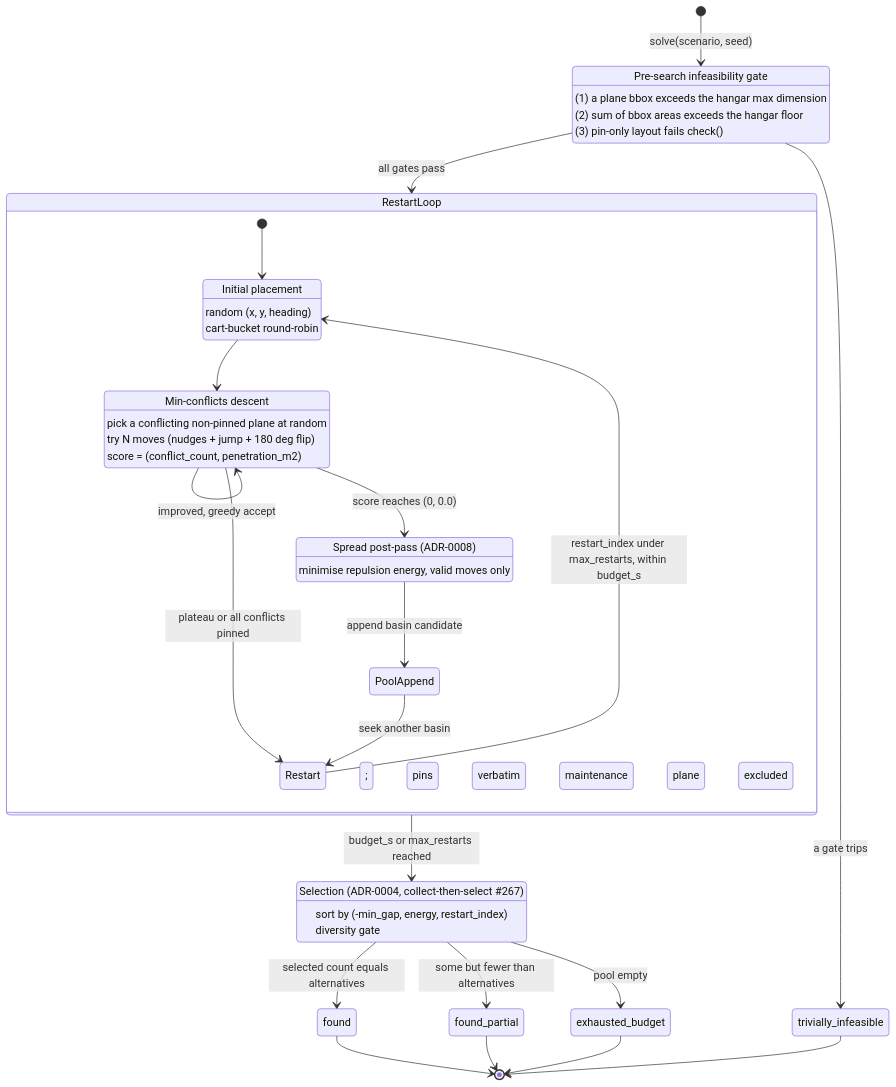
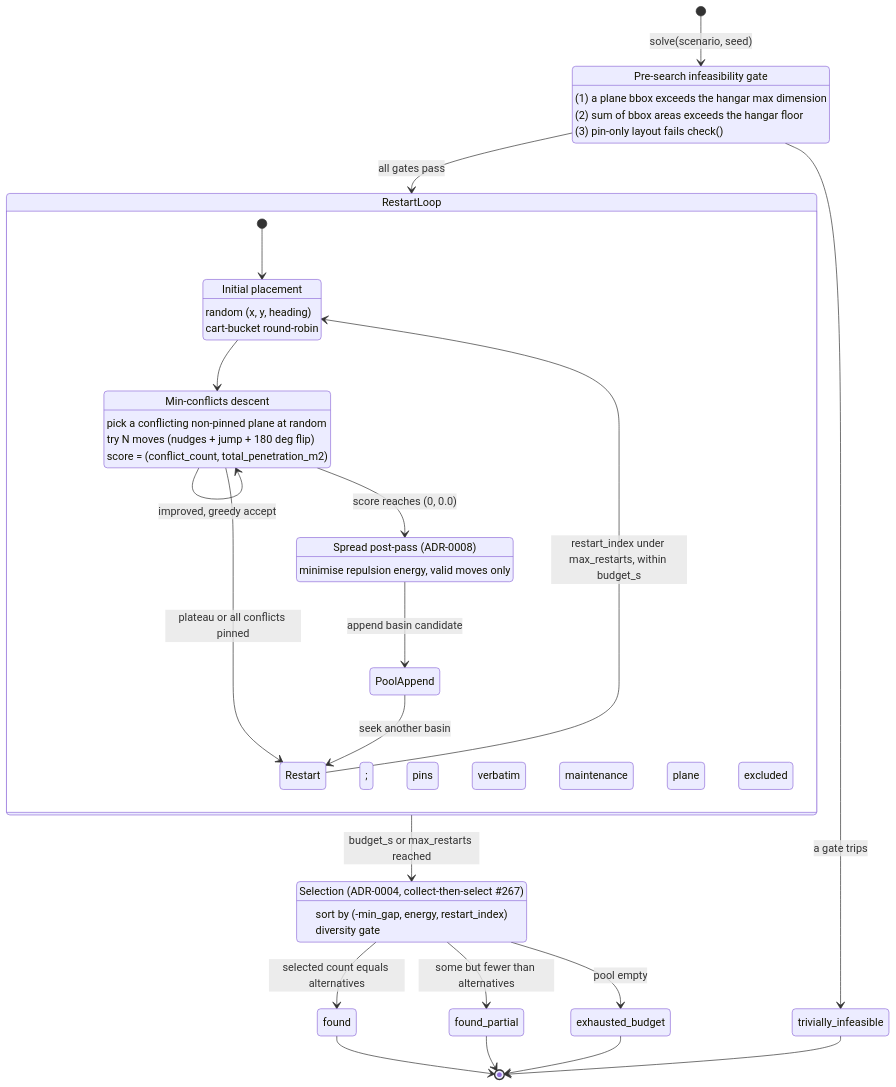
The second of 2 diagrams in docs/architecture/05-building-block-view.md (DocGerd/hangarfit), drawn with Mermaid before and after one commit. The commit also changed 1 other file, not shown here.

Commit message:
docs: align §6 descent note with §5 + use total_penetration_m2 in state diagram (#371)
Addresses two low-severity PR-review findings:
- code-reviewer: §6 Scenario 2 still described descent as 'perturb plane
  with max penetration contribution' — the stale model this PR corrected
  in §5; now says 'a conflicting non-pinned plane (chosen uniformly at
  random)' to match solver.py and the §5 state diagram.
- comment-analyzer: §5 state-diagram score label used penetration_m2;
  now the actual field name total_penetration_m2.

````diff
--- a/docs/architecture/05-building-block-view.md
+++ b/docs/architecture/05-building-block-view.md
@@ -214,47 +214,47 @@
 ```mermaid
 stateDiagram-v2
     direction TB
     [*] --> PreSearchGate : solve(scenario, seed)
 
     PreSearchGate : Pre-search infeasibility gate
     PreSearchGate : (1) a plane bbox exceeds the hangar max dimension
     PreSearchGate : (2) sum of bbox areas exceeds the hangar floor
     PreSearchGate : (3) pin-only layout fails check()
 
     PreSearchGate --> trivially_infeasible : a gate trips
     PreSearchGate --> RestartLoop : all gates pass
 
     state RestartLoop {
         direction TB
         [*] --> InitialPlacement
         InitialPlacement : Initial placement
         InitialPlacement : random (x, y, heading); pins verbatim
         InitialPlacement : cart-bucket round-robin; maintenance plane excluded
         InitialPlacement --> Descent
         Descent : Min-conflicts descent
         Descent : pick a conflicting non-pinned plane at random
         Descent : try N moves (nudges + jump + 180 deg flip)
-        Descent : score = (conflict_count, penetration_m2)
+        Descent : score = (conflict_count, total_penetration_m2)
         Descent --> Descent : improved, greedy accept
         Descent --> Spread : score reaches (0, 0.0)
         Descent --> Restart : plateau or all conflicts pinned
         Spread : Spread post-pass (ADR-0008)
         Spread : minimise repulsion energy, valid moves only
         Spread --> PoolAppend : append basin candidate
         PoolAppend --> Restart : seek another basin
         Restart --> InitialPlacement : restart_index under max_restarts, within budget_s
     }
 
     RestartLoop --> Select : budget_s or max_restarts reached
     Select : Selection (ADR-0004, collect-then-select #267)
     Select : sort by (-min_gap, energy, restart_index)
     Select : diversity gate
     Select --> found : selected count equals alternatives
     Select --> found_partial : some but fewer than alternatives
     Select --> exhausted_budget : pool empty
 
     found --> [*]
     found_partial --> [*]
     exhausted_budget --> [*]
     trivially_infeasible --> [*]
 ```
````
